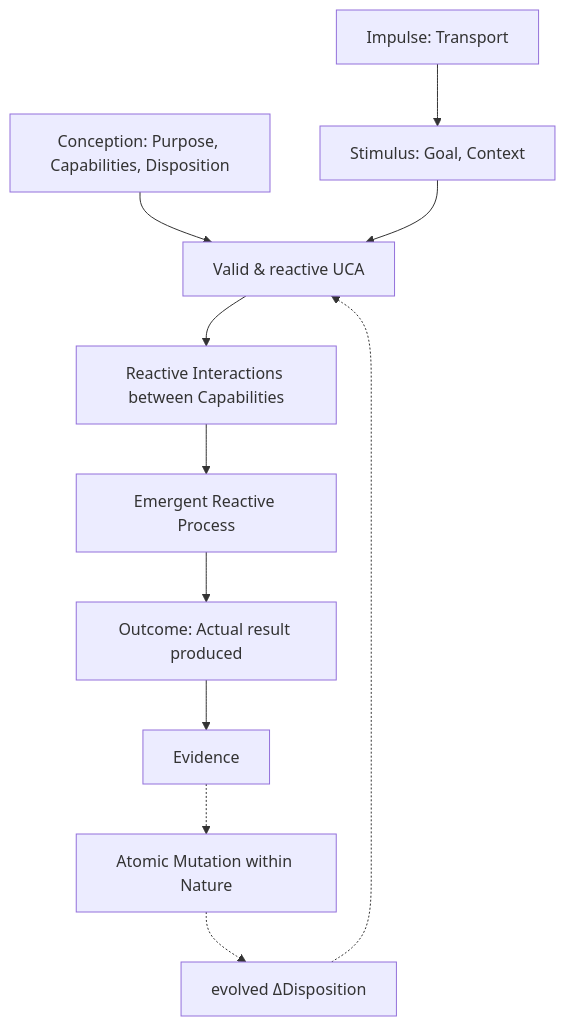
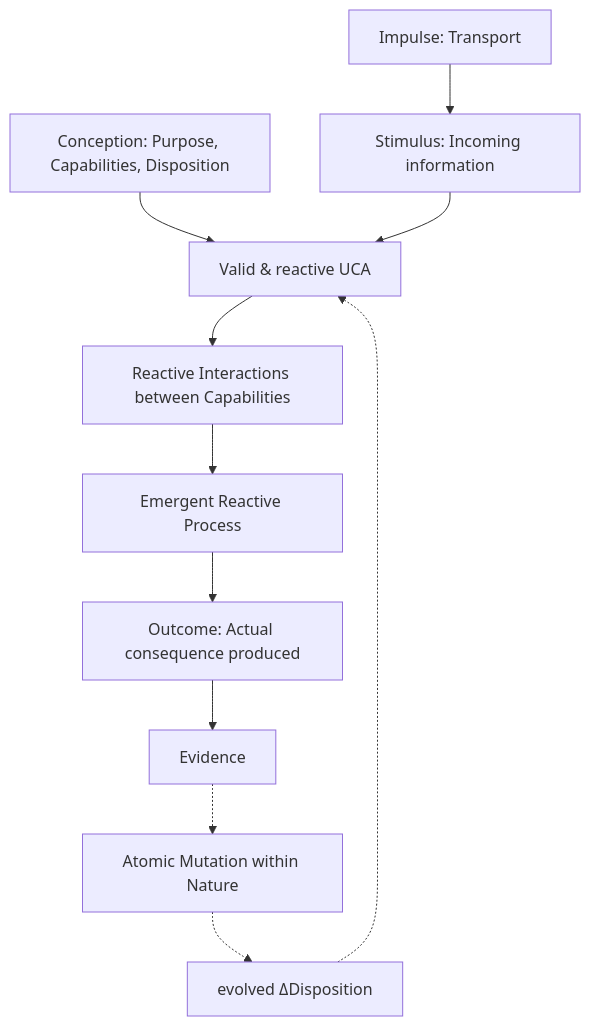
One commit to christian-marino-alvarez/uca-specification changed the diagram in README.md. Above: the diagram before and after it, drawn with Mermaid. The commit also changed other lines of this file and 5 other files, not shown here.

````diff
--- a/README.md
+++ b/README.md
@@ -126,13 +125,13 @@
 ```mermaid
 flowchart TD
     CON[Conception: Purpose, Capabilities, Disposition] --> UCA[Valid & reactive UCA]
-    IMP[Impulse: Transport] --> STIM[Stimulus: Goal, Context]
+    IMP[Impulse: Transport] --> STIM[Stimulus: Incoming information]
     STIM --> UCA
     UCA --> INT[Reactive Interactions between Capabilities]
     INT --> PROC[Emergent Reactive Process]
-    PROC --> OUT[Outcome: Actual result produced]
+    PROC --> OUT[Outcome: Actual consequence produced]
     OUT --> EVI[Evidence]
     EVI -.-> MUT[Atomic Mutation within Nature]
     MUT -.-> DISP[evolved ΔDisposition]
     DISP -.-> UCA
 ```
````
